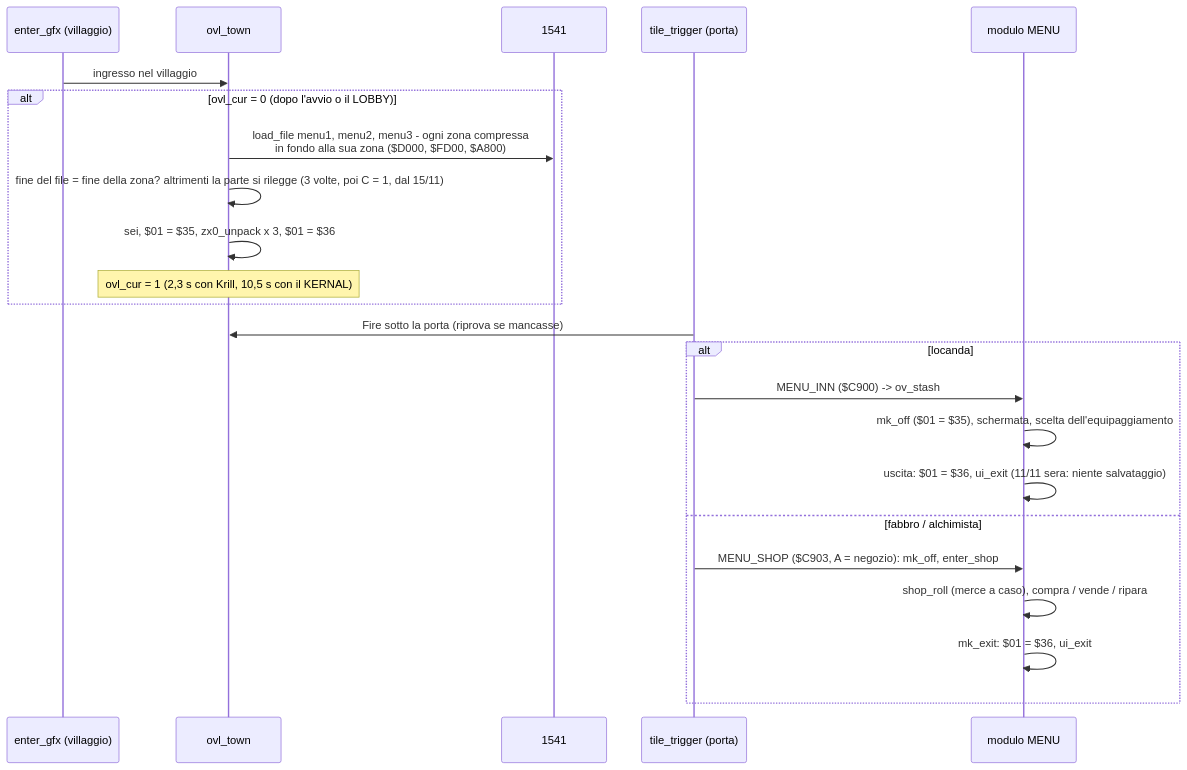
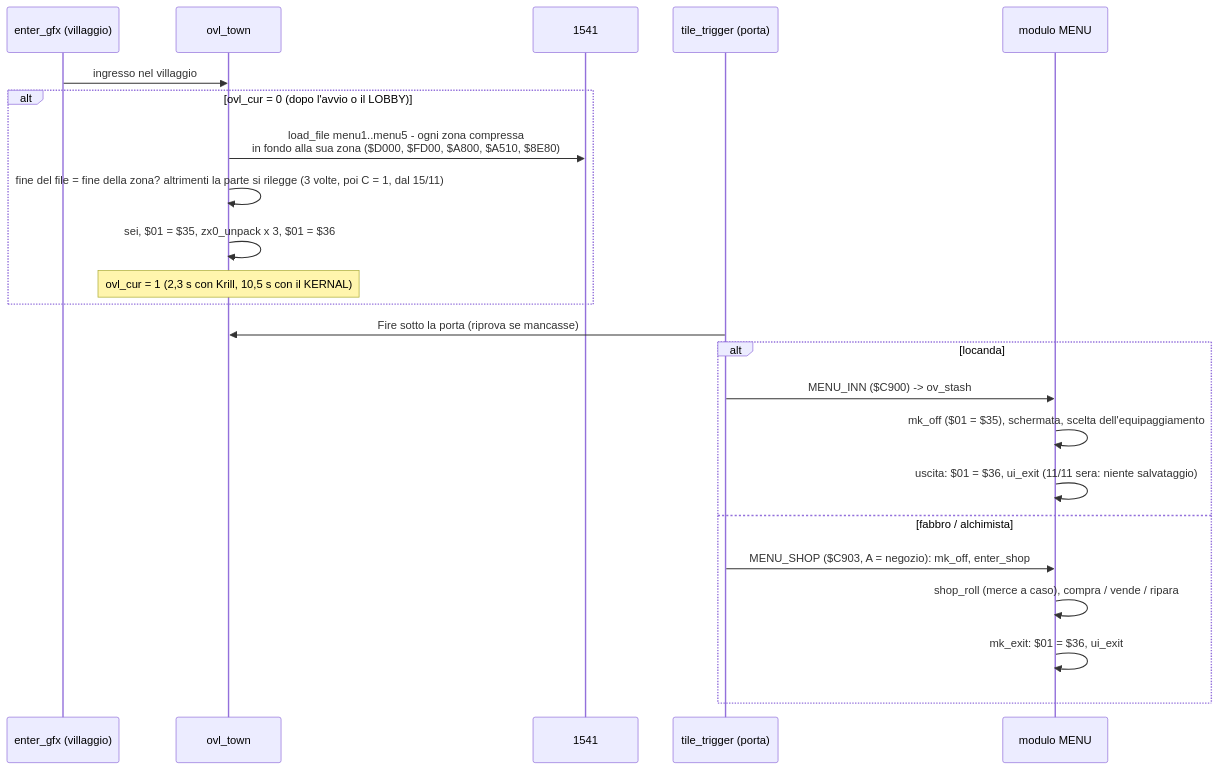
Before and after one commit to caporalesimone/barbarian-the-blood-path: diagram 16 of 18 in docs/wiki/flussi.md, drawn with Mermaid. The commit also changed 47 other files, not shown here.

````diff
--- a/docs/wiki/flussi.md
+++ b/docs/wiki/flussi.md
@@ -412,25 +412,25 @@
 ```mermaid
 sequenceDiagram
     participant V as enter_gfx (villaggio)
     participant O as ovl_town
     participant D as 1541
     participant P as tile_trigger (porta)
     participant M as modulo MENU
     V->>O: ingresso nel villaggio
     alt ovl_cur = 0 (dopo l'avvio o il LOBBY)
-        O->>D: load_file menu1, menu2, menu3 - ogni zona compressa<br/>in fondo alla sua zona ($D000, $FD00, $A800)
+        O->>D: load_file menu1..menu5 - ogni zona compressa<br/>in fondo alla sua zona ($D000, $FD00, $A800, $A510, $8E80)
         O->>O: fine del file = fine della zona? altrimenti la parte si rilegge (3 volte, poi C = 1, dal 15/11)
         O->>O: sei, $01 = $35, zx0_unpack x 3, $01 = $36
         Note over O: ovl_cur = 1 (2,3 s con Krill, 10,5 s con il KERNAL)
     end
     P->>O: Fire sotto la porta (riprova se mancasse)
     alt locanda
         P->>M: MENU_INN ($C900) -> ov_stash
         M->>M: mk_off ($01 = $35), schermata, scelta dell'equipaggiamento
         M->>M: uscita: $01 = $36, ui_exit (11/11 sera: niente salvataggio)
     else fabbro / alchimista
         P->>M: MENU_SHOP ($C903, A = negozio): mk_off, enter_shop
         M->>M: shop_roll (merce a caso), compra / vende / ripara
         M->>M: mk_exit: $01 = $36, ui_exit
     end
 ```
````
